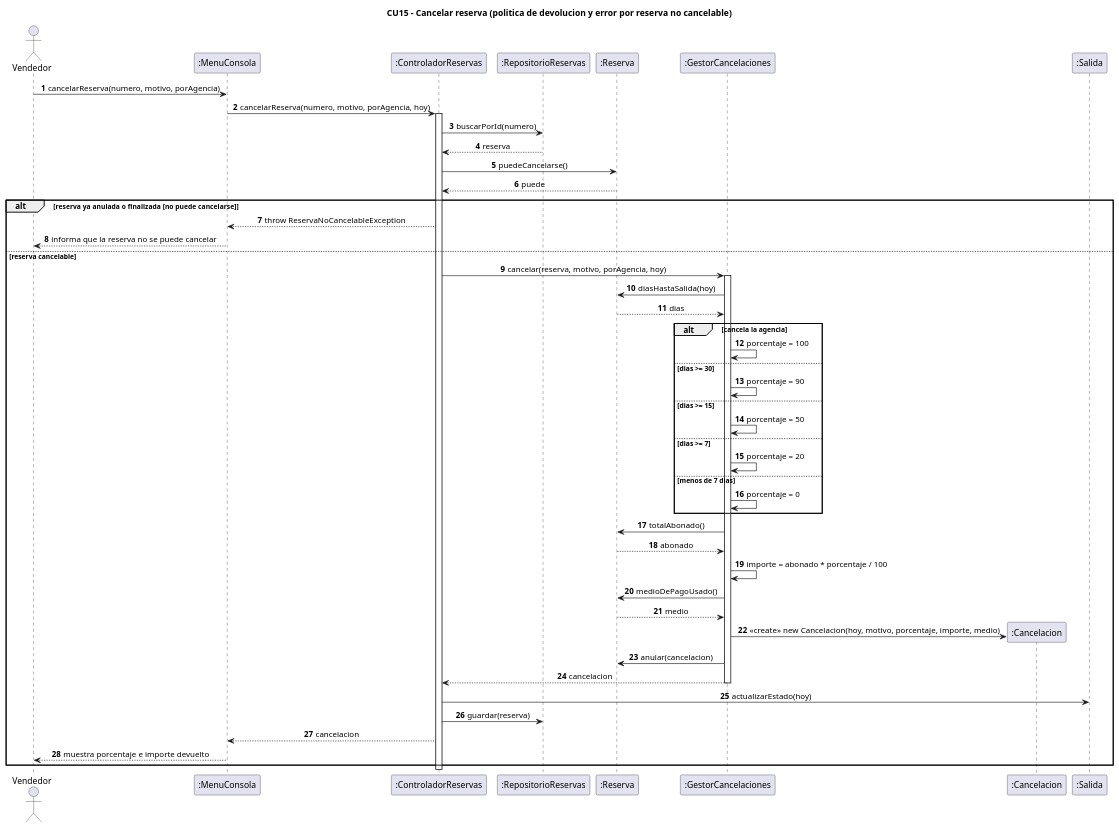
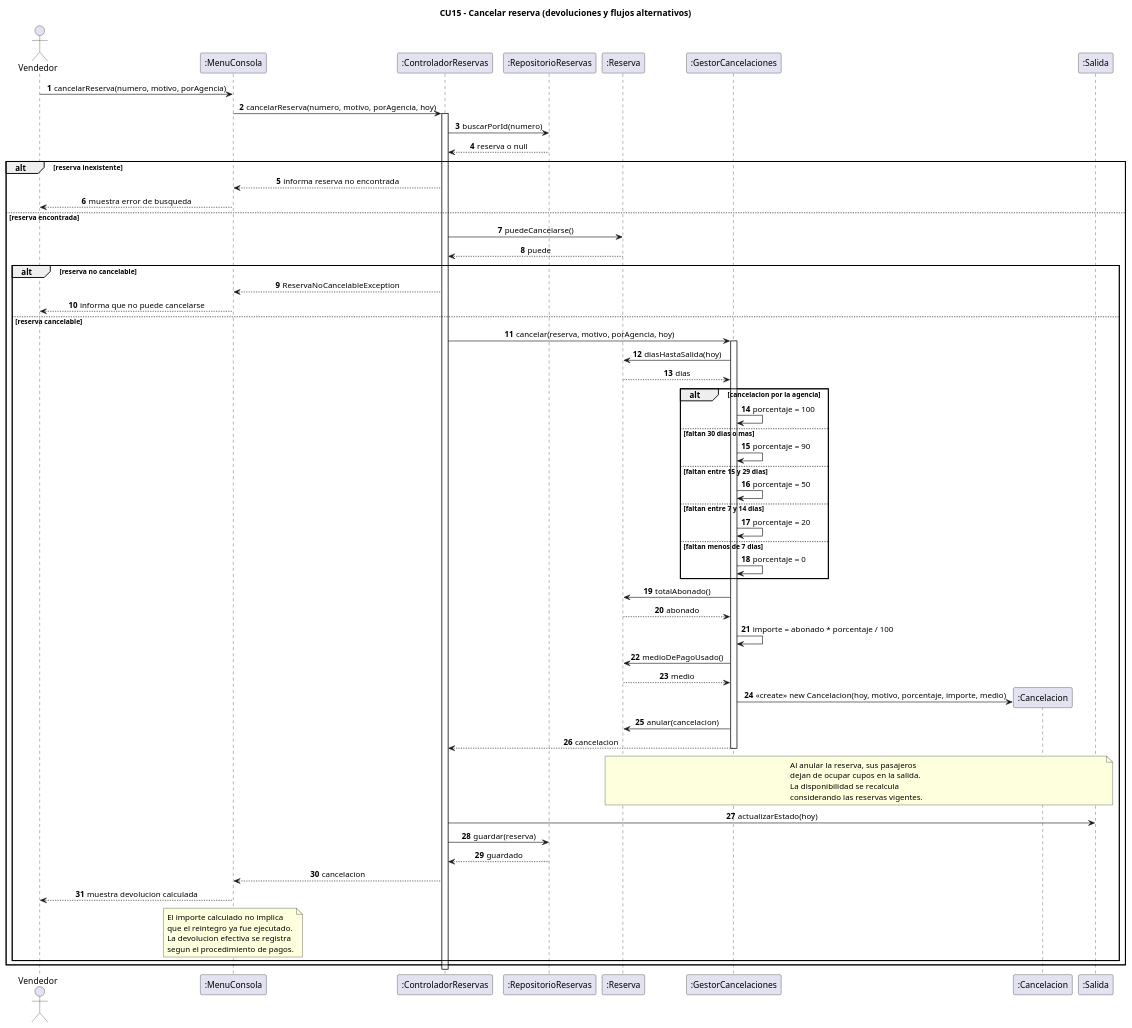
One commit to CarlosDanielOK/Avion changed the diagram in docs/uml/03-secuencia-cancelar-reserva.puml. Above: the diagram before and after it, drawn with PlantUML. The commit also changed other lines of this file, not shown here.

Commit message:
fix: alinear secuencia CU15 con cancelaciones y devoluciones

```diff
--- a/docs/uml/03-secuencia-cancelar-reserva.puml
+++ b/docs/uml/03-secuencia-cancelar-reserva.puml
@@ -1,60 +2,96 @@
 @startuml 03-secuencia-cancelar-reserva
-title CU15 - Cancelar reserva (politica de devolucion y error por reserva no cancelable)
+title CU15 - Cancelar reserva (devoluciones y flujos alternativos)
+
 skinparam shadowing false
 skinparam backgroundColor White
 skinparam sequenceMessageAlign center
 autonumber
 
 actor Vendedor
 participant ":MenuConsola" as UI
 participant ":ControladorReservas" as CTRL
 participant ":RepositorioReservas" as REPO
 participant ":Reserva" as RES
 participant ":GestorCancelaciones" as GC
 participant ":Cancelacion" as CAN
 participant ":Salida" as SAL
 
 Vendedor -> UI : cancelarReserva(numero, motivo, porAgencia)
 UI -> CTRL : cancelarReserva(numero, motivo, porAgencia, hoy)
 activate CTRL
+
 CTRL -> REPO : buscarPorId(numero)
-REPO --> CTRL : reserva
-CTRL -> RES : puedeCancelarse()
-RES --> CTRL : puede
+REPO --> CTRL : reserva o null
 
-alt reserva ya anulada o finalizada  [no puede cancelarse]
-  CTRL --> UI : throw ReservaNoCancelableException
-  UI --> Vendedor : informa que la reserva no se puede cancelar
-else reserva cancelable
-  CTRL -> GC : cancelar(reserva, motivo, porAgencia, hoy)
-  activate GC
-  GC -> RES : diasHastaSalida(hoy)
-  RES --> GC : dias
-  alt cancela la agencia
-    GC -> GC : porcentaje = 100
-  else dias >= 30
-    GC -> GC : porcentaje = 90
-  else dias >= 15
-    GC -> GC : porcentaje = 50
-  else dias >= 7
-    GC -> GC : porcentaje = 20
-  else menos de 7 dias
-    GC -> GC : porcentaje = 0
+alt reserva inexistente
+  CTRL --> UI : informa reserva no encontrada
+  UI --> Vendedor : muestra error de busqueda
+
+else reserva encontrada
+  CTRL -> RES : puedeCancelarse()
+  RES --> CTRL : puede
+
+  alt reserva no cancelable
+    CTRL --> UI : ReservaNoCancelableException
+    UI --> Vendedor : informa que no puede cancelarse
+
+  else reserva cancelable
+    CTRL -> GC : cancelar(reserva, motivo, porAgencia, hoy)
+    activate GC
+
+    GC -> RES : diasHastaSalida(hoy)
+    RES --> GC : dias
+
+    alt cancelacion por la agencia
+      GC -> GC : porcentaje = 100
+    else faltan 30 dias o mas
+      GC -> GC : porcentaje = 90
+    else faltan entre 15 y 29 dias
+      GC -> GC : porcentaje = 50
+    else faltan entre 7 y 14 dias
+      GC -> GC : porcentaje = 20
+    else faltan menos de 7 dias
+      GC -> GC : porcentaje = 0
+    end
+
+    GC -> RES : totalAbonado()
+    RES --> GC : abonado
+
+    GC -> GC : importe = abonado * porcentaje / 100
+
+    GC -> RES : medioDePagoUsado()
+    RES --> GC : medio
+
+    create CAN
+    GC -> CAN : <<create>> new Cancelacion(hoy, motivo, porcentaje, importe, medio)
+
+    GC -> RES : anular(cancelacion)
+    GC --> CTRL : cancelacion
+    deactivate GC
+
+    note over RES,SAL
+      Al anular la reserva, sus pasajeros
+      dejan de ocupar cupos en la salida.
+      La disponibilidad se recalcula
+      considerando las reservas vigentes.
+    end note
+
+    CTRL -> SAL : actualizarEstado(hoy)
+    CTRL -> REPO : guardar(reserva)
+    REPO --> CTRL : guardado
+
+    CTRL --> UI : cancelacion
+    UI --> Vendedor : muestra devolucion calculada
+
+    note over UI
+      El importe calculado no implica
+      que el reintegro ya fue ejecutado.
+      La devolucion efectiva se registra
+      segun el procedimiento de pagos.
+    end note
+
   end
-  GC -> RES : totalAbonado()
-  RES --> GC : abonado
-  GC -> GC : importe = abonado * porcentaje / 100
-  GC -> RES : medioDePagoUsado()
-  RES --> GC : medio
-  create CAN
-  GC -> CAN : <<create>> new Cancelacion(hoy, motivo, porcentaje, importe, medio)
-  GC -> RES : anular(cancelacion)
-  GC --> CTRL : cancelacion
-  deactivate GC
-  CTRL -> SAL : actualizarEstado(hoy)
-  CTRL -> REPO : guardar(reserva)
-  CTRL --> UI : cancelacion
-  UI --> Vendedor : muestra porcentaje e importe devuelto
 end
+
 deactivate CTRL
 @enduml
```
